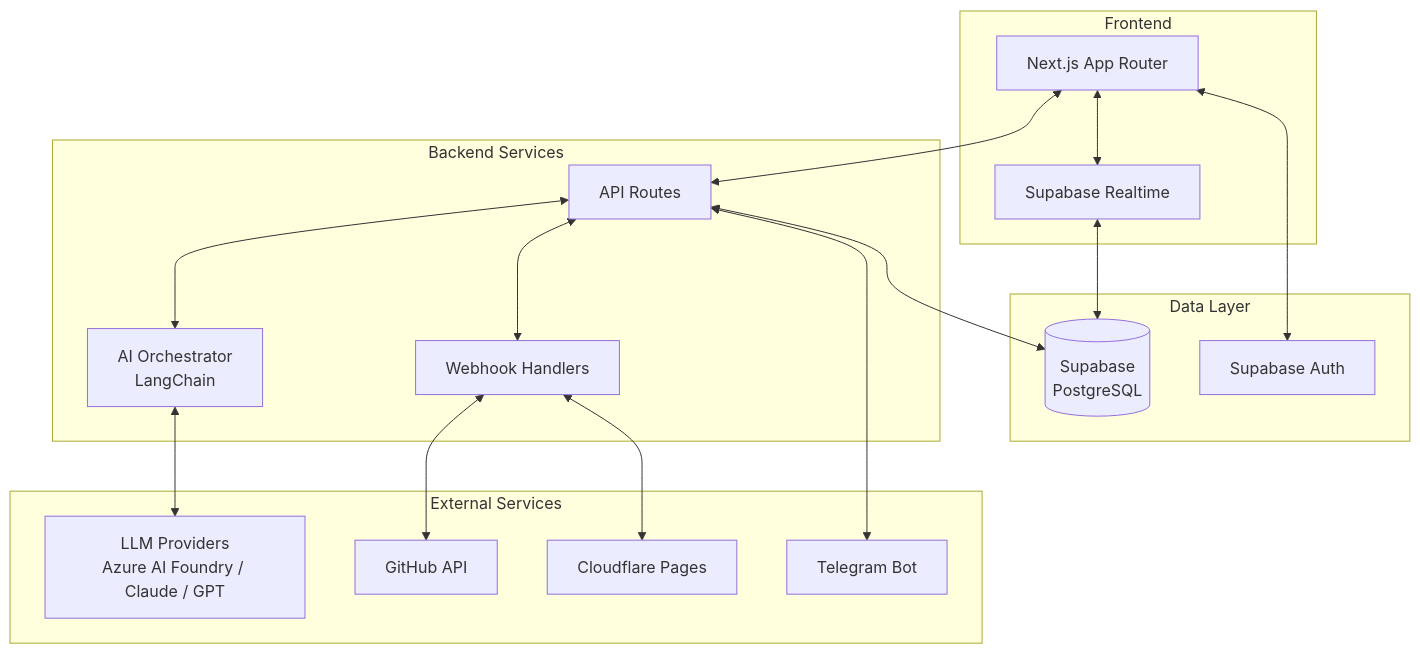
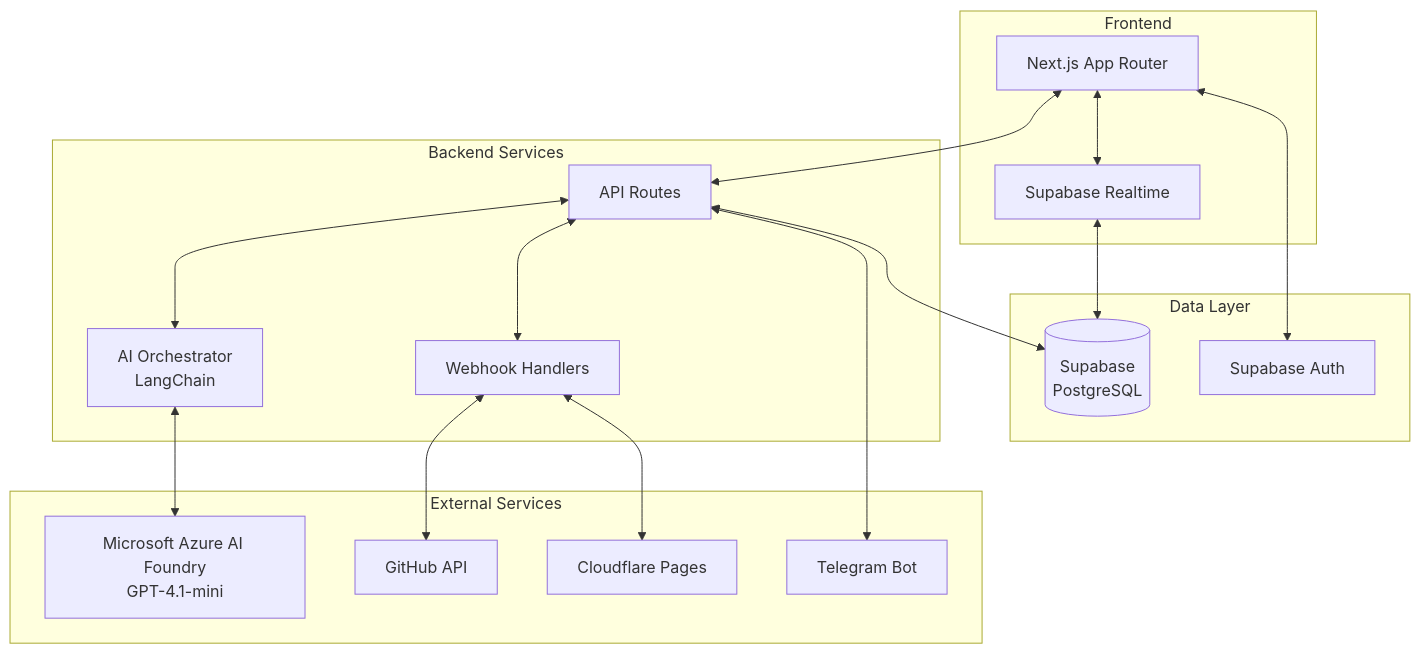
One commit to JeevantheDev/ShipBrain changed the third of 18 diagrams in SHIPBRAIN_PRD_FINAL.md. Above: the diagram before and after it, drawn with Mermaid. The commit also changed other lines of this file, not shown here.

First line of the commit message:
Update PRD: Remove all fallback providers, Azure AI Foundry only

````diff
--- a/SHIPBRAIN_PRD_FINAL.md
+++ b/SHIPBRAIN_PRD_FINAL.md
@@ -123,37 +123,37 @@
 ```mermaid
 flowchart TB
     subgraph "Frontend"
         UI[Next.js App Router]
         RT[Supabase Realtime]
     end
 
     subgraph "Backend Services"
         API[API Routes]
         AI[AI Orchestrator<br/>LangChain]
         WH[Webhook Handlers]
     end
 
     subgraph "External Services"
         GH[GitHub API]
         CF[Cloudflare Pages]
         TG[Telegram Bot]
-        LLM[LLM Providers<br/>Azure AI Foundry / Claude / GPT]
+        LLM[Microsoft Azure AI Foundry<br/>GPT-4.1-mini]
     end
 
     subgraph "Data Layer"
         SB[(Supabase<br/>PostgreSQL)]
         AUTH[Supabase Auth]
     end
 
     UI <--> API
     UI <--> RT
     API <--> AI
     API <--> WH
     AI <--> LLM
     WH <--> GH
     WH <--> CF
     API <--> TG
     API <--> SB
     UI <--> AUTH
     RT <--> SB
 ```
````
